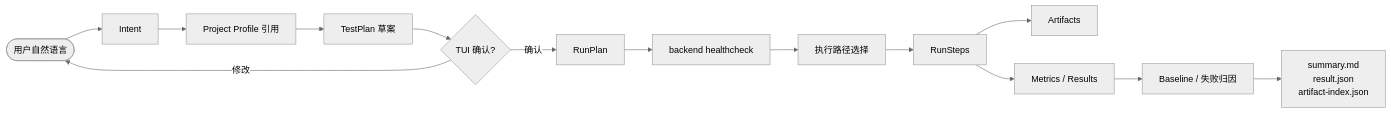
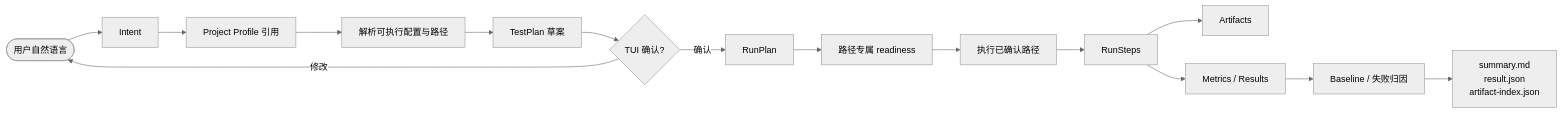
Before and after one commit to logan-suu/iTestAgent: the second of 5 diagrams in docs/02-architecture/架构设计文档.md, drawn with Mermaid (neutral theme). The commit also changed other lines of this file and 58 other files, not shown here.

````diff
--- a/docs/02-architecture/架构设计文档.md
+++ b/docs/02-architecture/架构设计文档.md
@@ -150,16 +150,17 @@
 ```mermaid
 flowchart LR
     NL(["用户自然语言"]) --> Intent["Intent"]
     Intent --> Profile["Project Profile 引用"]
-    Profile --> Plan["TestPlan 草案"]
+    Profile --> Resolve["解析可执行配置与路径"]
+    Resolve --> Plan["TestPlan 草案"]
     Plan --> Confirm{"TUI 确认?"}
     Confirm -->|确认| RunPlan["RunPlan"]
     Confirm -->|修改| NL
-    RunPlan --> Health["backend healthcheck"]
-    Health --> Execute["执行路径选择"]
+    RunPlan --> Health["路径专属 readiness"]
+    Health --> Execute["执行已确认路径"]
     Execute --> RunSteps["RunSteps"]
     RunSteps --> Artifacts["Artifacts"]
     RunSteps --> Metrics["Metrics / Results"]
     Metrics --> Baseline["Baseline / 失败归因"]
     Baseline --> Report["summary.md<br/>result.json<br/>artifact-index.json"]
 ```
````
